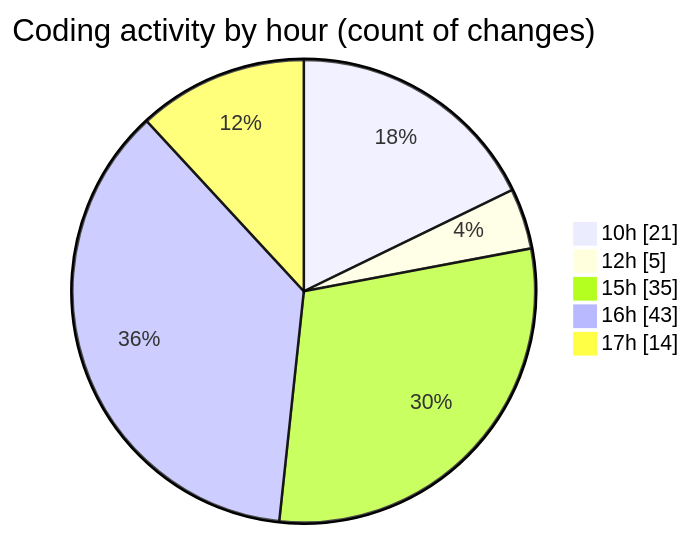
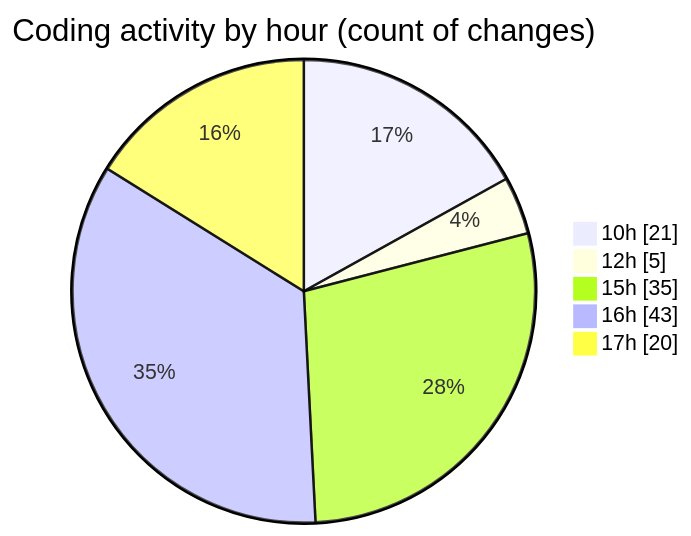
Before and after one commit to momahboobian/code-tracking: the second of 2 diagrams in 2025-08-27/cda/README.md, drawn with Mermaid. The commit also changed other lines of this file and 1 other file, not shown here.

````diff
--- a/2025-08-27/cda/README.md
+++ b/2025-08-27/cda/README.md
@@ -43,9 +43,9 @@
 ```mermaid
 pie showData
 title Coding activity by hour (count of changes)
 "10h" : 21
 "12h" : 5
 "15h" : 35
 "16h" : 43
-"17h" : 14
+"17h" : 20
 ```
````
